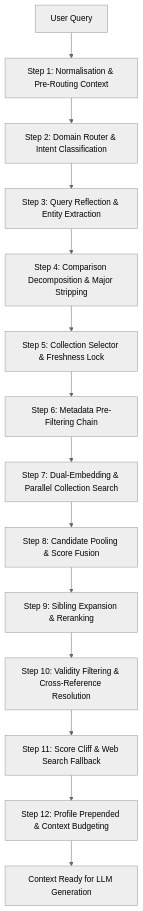
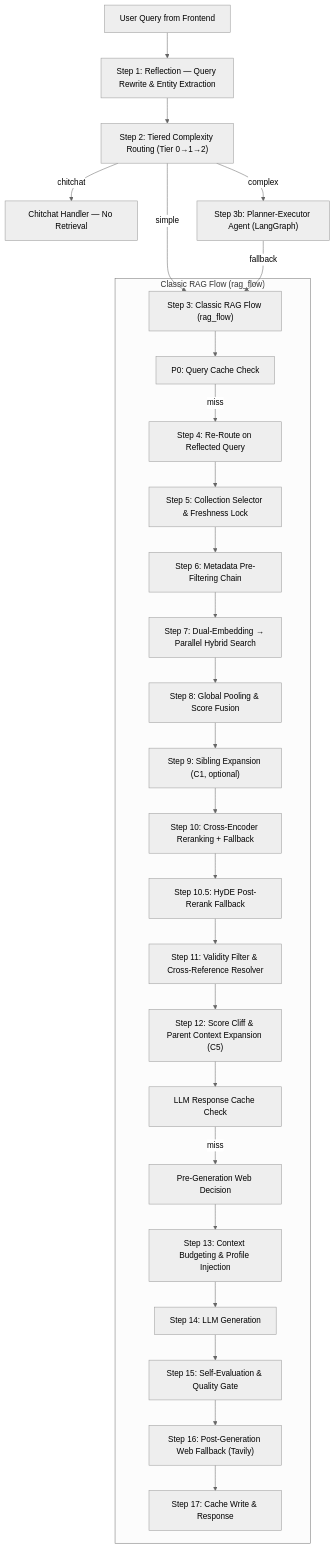
The first of 2 diagrams in retrieval_flow_detail.md (hoainam183/GR), drawn with Mermaid (neutral theme) before and after one commit. The commit also changed other lines of this file, not shown here.

Commit message:
retrieval.md

````diff
--- a/retrieval_flow_detail.md
+++ b/retrieval_flow_detail.md
@@ -13,16 +43,31 @@
 ```mermaid
 graph TD
-    A[User Query] --> B[Step 1: Normalisation & Pre-Routing Context]
-    B --> C[Step 2: Domain Router & Intent Classification]
-    C --> D[Step 3: Query Reflection & Entity Extraction]
-    D --> E[Step 4: Comparison Decomposition & Major Stripping]
-    E --> F[Step 5: Collection Selector & Freshness Lock]
-    F --> G[Step 6: Metadata Pre-Filtering Chain]
-    G --> H[Step 7: Dual-Embedding & Parallel Collection Search]
-    H --> I[Step 8: Candidate Pooling & Score Fusion]
-    I --> J[Step 9: Sibling Expansion & Reranking]
-    J --> K[Step 10: Validity Filtering & Cross-Reference Resolution]
-    K --> L[Step 11: Score Cliff & Web Search Fallback]
-    L --> M[Step 12: Profile Prepended & Context Budgeting]
-    M --> N[Context Ready for LLM Generation]
+    A[User Query from Frontend] --> B["Step 1: Reflection — Query Rewrite & Entity Extraction"]
+    B --> C["Step 2: Tiered Complexity Routing (Tier 0→1→2)"]
+    C -->|chitchat| D[Chitchat Handler — No Retrieval]
+    C -->|simple| E["Step 3: Classic RAG Flow (rag_flow)"]
+    C -->|complex| F["Step 3b: Planner-Executor Agent (LangGraph)"]
+
+    subgraph "Classic RAG Flow (rag_flow)"
+        E --> G["P0: Query Cache Check"]
+        G -->|miss| H["Step 4: Re-Route on Reflected Query"]
+        H --> I["Step 5: Collection Selector & Freshness Lock"]
+        I --> J["Step 6: Metadata Pre-Filtering Chain"]
+        J --> K["Step 7: Dual-Embedding → Parallel Hybrid Search"]
+        K --> L["Step 8: Global Pooling & Score Fusion"]
+        L --> M["Step 9: Sibling Expansion (C1, optional)"]
+        M --> N["Step 10: Cross-Encoder Reranking + Fallback"]
+        N --> O["Step 10.5: HyDE Post-Rerank Fallback"]
+        O --> P["Step 11: Validity Filter & Cross-Reference Resolver"]
+        P --> Q["Step 12: Score Cliff & Parent Context Expansion (C5)"]
+        Q --> R["LLM Response Cache Check"]
+        R -->|miss| S["Pre-Generation Web Decision"]
+        S --> T["Step 13: Context Budgeting & Profile Injection"]
+        T --> U["Step 14: LLM Generation"]
+        U --> V["Step 15: Self-Evaluation & Quality Gate"]
+        V --> W["Step 16: Post-Generation Web Fallback (Tavily)"]
+        W --> X["Step 17: Cache Write & Response"]
+    end
+
+    F -->|fallback| E
 ```
````
